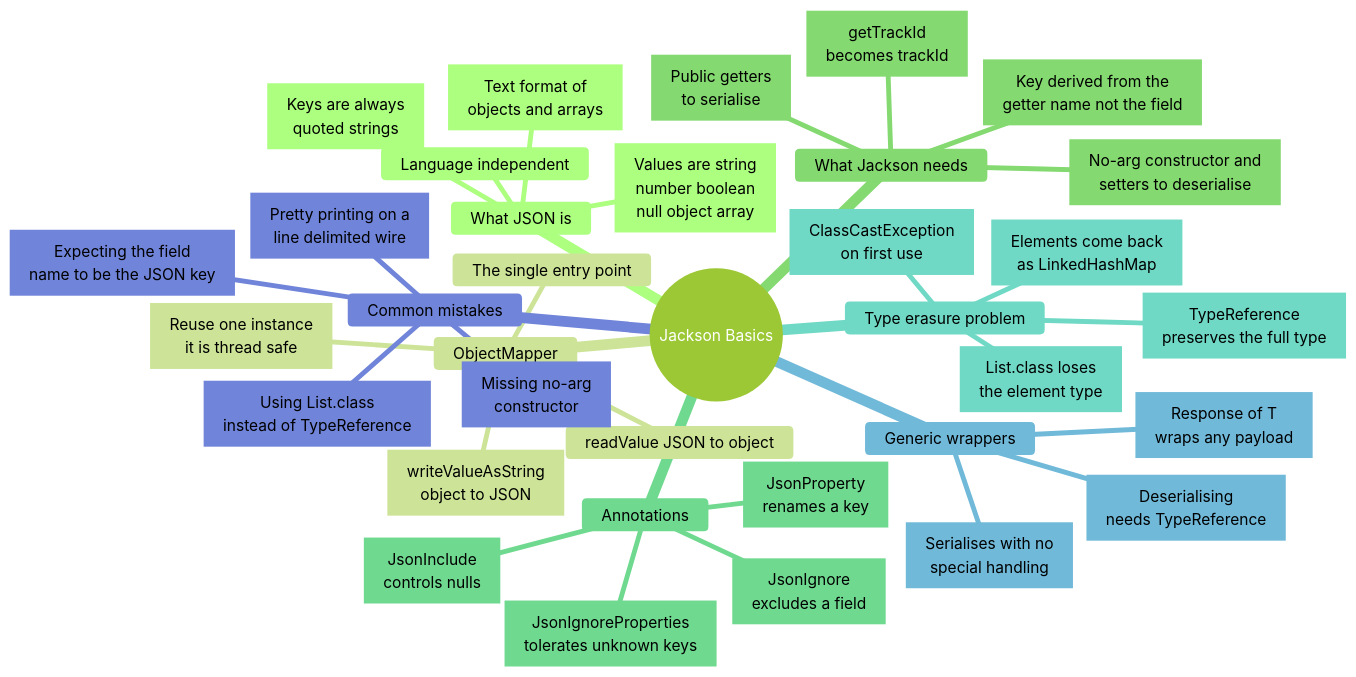
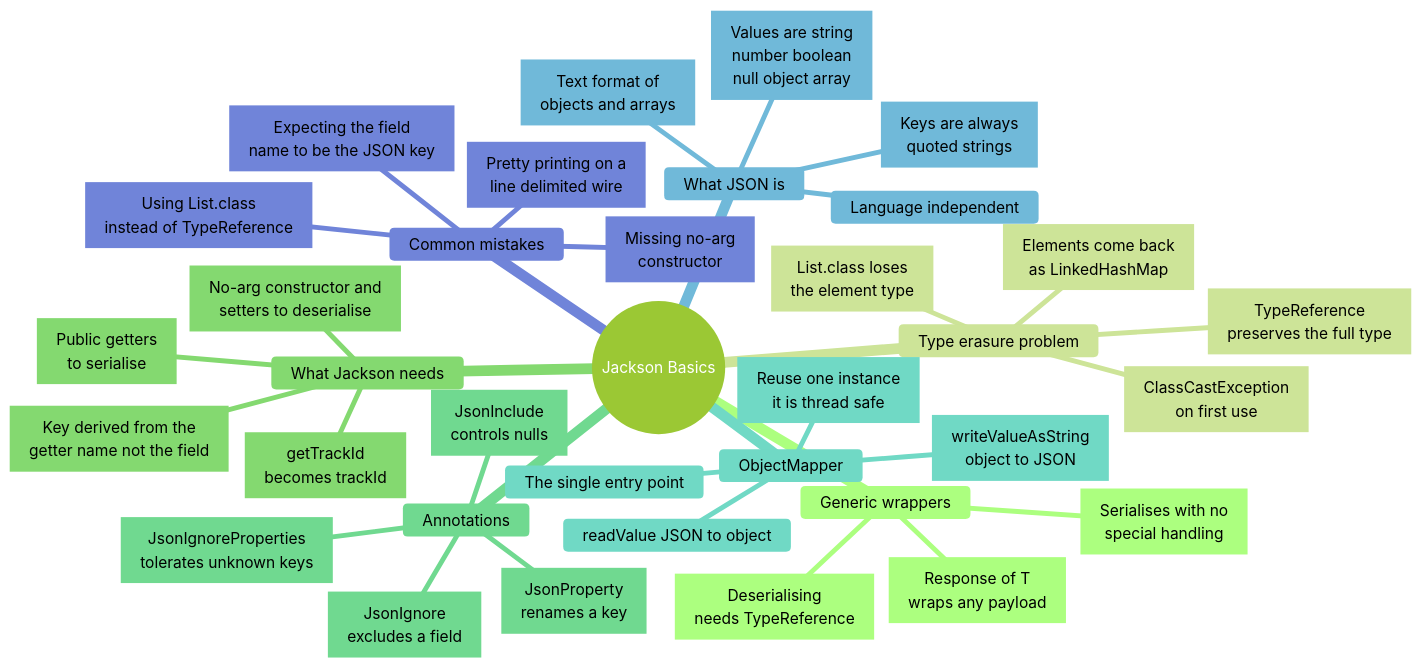
Before and after one commit to nmcguinness/L8-OOP-Module-Content: diagram 11 of 13 in notes/shared/mind maps/revision_t10_t22.md, drawn with Mermaid. The commit also changed other lines of this file and 4 other files, not shown here.

Commit message:
fixed mindmap label truncation and added admonitions test

````diff
--- a/notes/shared/mind maps/revision_t10_t22.md
+++ b/notes/shared/mind maps/revision_t10_t22.md
@@ -1445,74 +1445,74 @@
 ```mermaid
 ---
 title: "Jackson Basics"
 accDescr: "Mind map of Jackson Basics. Branches: What JSON is; ObjectMapper; What Jackson needs; Annotations; Type erasure problem; Generic wrappers; Common mistakes."
 ---
 %%{init: { "theme": "forest", "markdownAutoWrap": false, "mindmap": { "maxNodeWidth": 300 } }}%%
 mindmap
   root((Jackson Basics))
-    What JSON is
-      n1["`Text format of
-      objects and arrays`"]
-      n2["`Keys are always
-      quoted strings`"]
-      n3["`Values are string
-      number boolean
-      null object array`"]
-      Language independent
+    Generic wrappers
+      n18["`Response of T
+      wraps any payload`"]
+      n19["`Serialises with no
+      special handling`"]
+      n20["`Deserialising
+      needs TypeReference`"]
 
-    ObjectMapper
-      The single entry point
-      n4["`writeValueAsString
-      object to JSON`"]
-      readValue JSON to object
-      n5["`Reuse one instance
-      it is thread safe`"]
+    Type erasure problem
+      n14["`List.class loses
+      the element type`"]
+      n15["`Elements come back
+      as LinkedHashMap`"]
+      n16["`ClassCastException
+      on first use`"]
+      n17["`TypeReference
+      preserves the full type`"]
 
     What Jackson needs
       n6["`Public getters
       to serialise`"]
       n7["`No-arg constructor and
       setters to deserialise`"]
       n8["`Key derived from the
       getter name not the field`"]
       n9["`getTrackId
       becomes trackId`"]
 
     Annotations
       n10["`JsonProperty
       renames a key`"]
       n11["`JsonIgnore
       excludes a field`"]
       n12["`JsonInclude
       controls nulls`"]
       n13["`JsonIgnoreProperties
       tolerates unknown keys`"]
 
-    Type erasure problem
-      n14["`List.class loses
-      the element type`"]
-      n15["`Elements come back
-      as LinkedHashMap`"]
-      n16["`ClassCastException
-      on first use`"]
-      n17["`TypeReference
-      preserves the full type`"]
+    ObjectMapper
+      The single entry point
+      n4["`writeValueAsString
+      object to JSON`"]
+      readValue JSON to object
+      n5["`Reuse one instance
+      it is thread safe`"]
 
-    Generic wrappers
-      n18["`Response of T
-      wraps any payload`"]
-      n19["`Serialises with no
-      special handling`"]
-      n20["`Deserialising
-      needs TypeReference`"]
+    What JSON is
+      n1["`Text format of
+      objects and arrays`"]
+      n2["`Keys are always
+      quoted strings`"]
+      n3["`Values are string
+      number boolean
+      null object array`"]
+      Language independent
 
     Common mistakes
       n21["`Missing no-arg
       constructor`"]
       n22["`Expecting the field
       name to be the JSON key`"]
       n23["`Using List.class
       instead of TypeReference`"]
       n24["`Pretty printing on a
       line delimited wire`"]
 ```
````
